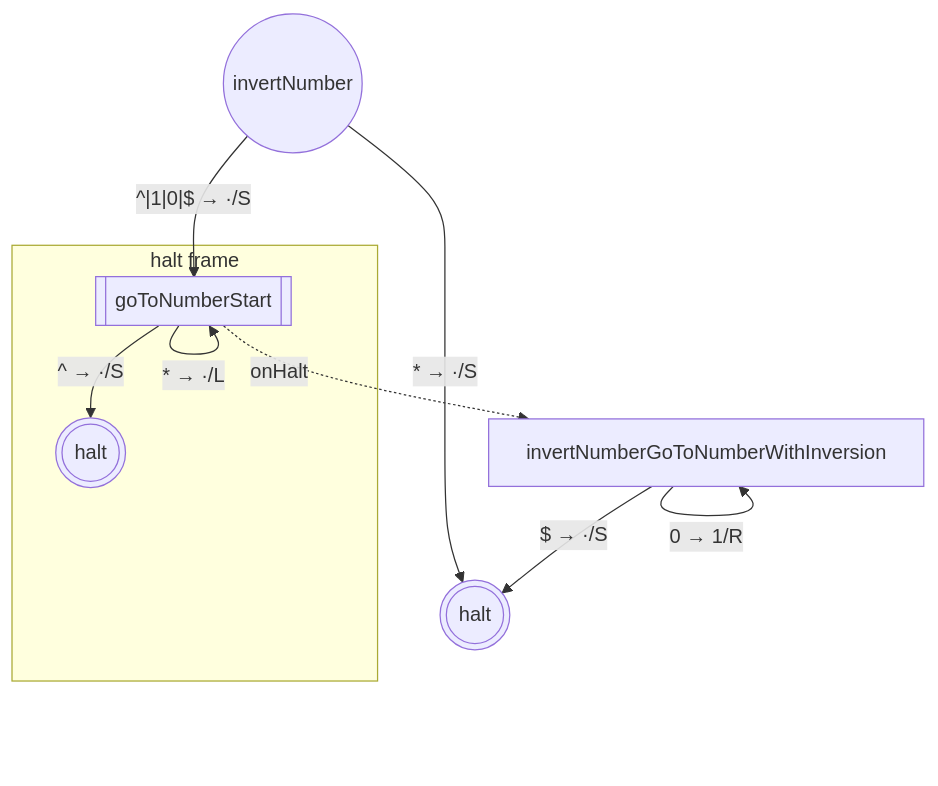
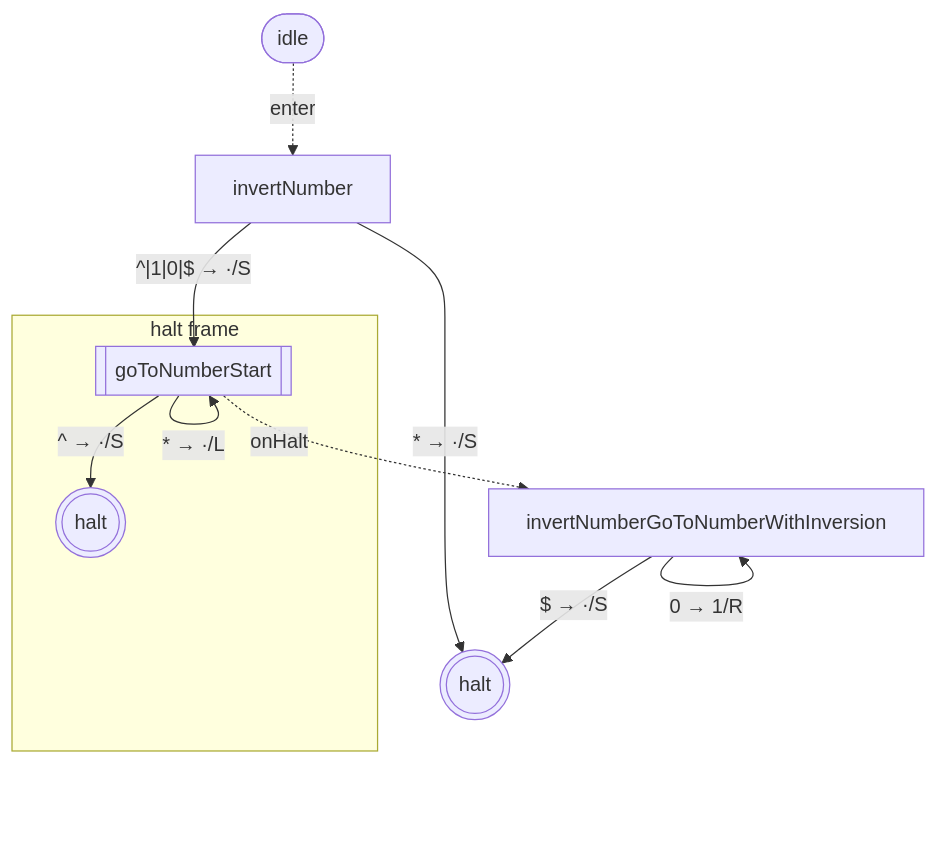
Before and after one commit to mellonis/turing-machine-js: the sixth of 10 diagrams in packages/library-binary-numbers/states.md, drawn with Mermaid. The commit also changed other lines of this file and 5 other files, not shown here.

````diff
--- a/packages/library-binary-numbers/states.md
+++ b/packages/library-binary-numbers/states.md
@@ -86,20 +96,22 @@
 ```mermaid
 flowchart TD
 %% alphabets: [[" ","^","$","0","1"]]
   s0(((halt)))
   s9["invertNumberGoToNumberWithInversion"]
-  s11(("invertNumber"))
+  s11["invertNumber"]
+  idle([idle])
   subgraph w_10["halt frame"]
     s10[["goToNumberStart"]]
     c10(((halt)))
   end
+  idle -. enter .-> s11
   s9 -- "^ → ·/R" --> s9
   s9 -- "1 → 0/R" --> s9
   s9 -- "0 → 1/R" --> s9
   s9 -- "$ → ·/S" --> s0
   s10 -- "^ → ·/S" --> c10
   s10 -- "* → ·/L" --> s10
   s10 -. onHalt .-> s9
   s11 -- "^|1|0|$ → ·/S" --> s10
   s11 -- "* → ·/S" --> s0
 ```
````
